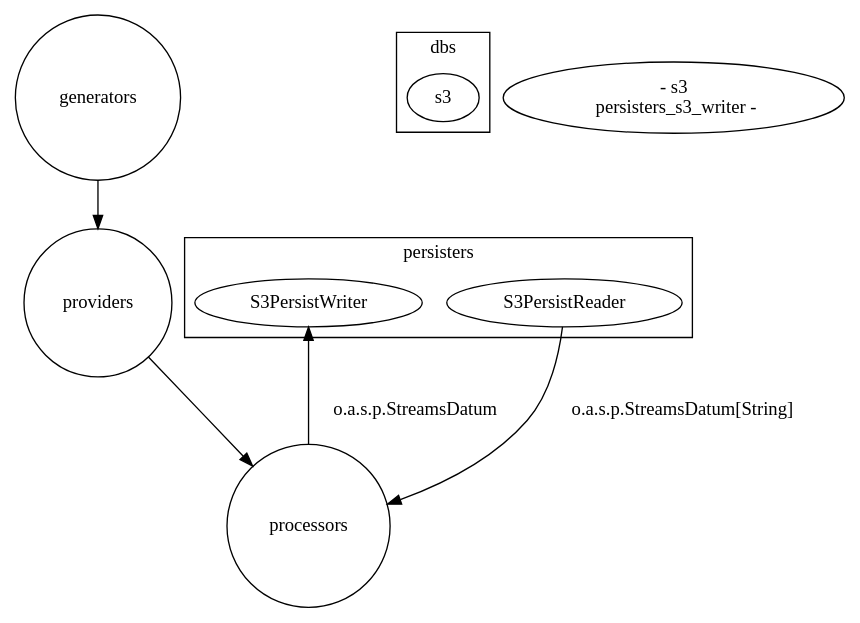
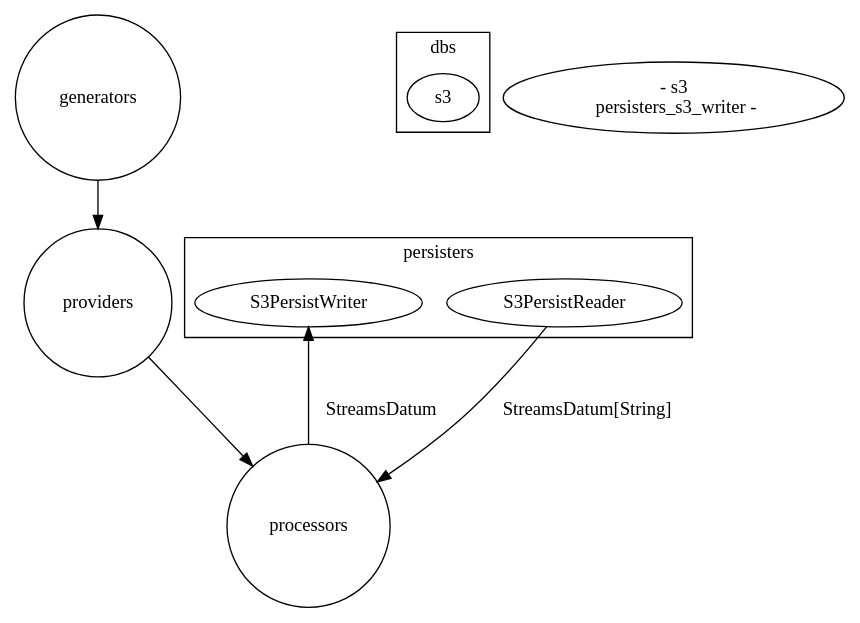
Before and after one commit to apache/streams: the diagram in streams-contrib/streams-amazon-aws/streams-persist-s3/src/main/resources/components.dot, drawn with Graphviz. The commit also changed 16 other files, not shown here.

Commit message:
add diagrams and improve index.html

```diff
--- a/streams-contrib/streams-amazon-aws/streams-persist-s3/src/main/resources/components.dot
+++ b/streams-contrib/streams-amazon-aws/streams-persist-s3/src/main/resources/components.dot
@@ -1,32 +1,32 @@
 digraph g {
 
   graph [compound = true];
 
   //presentation
   splines = true;
   overlap = false;
   rankdir = TB;
 
   generators [label="generators", shape="circle"];
   providers [label="providers", shape="circle"];
   processors [label="processors", shape="circle"];
 
   subgraph cluster_persisters {
     label="persisters";
     persisters_s3_reader [label="S3PersistReader"]
     persisters_s3_writer [label="S3PersistWriter"]
   }
 
   subgraph cluster_dbs {
     label="dbs";
     s3 [label="s3"]
   }
 
   generators -> providers
   providers -> processors
-  processors -> persisters_s3_writer [label="o.a.s.p.StreamsDatum"]
-  persisters_s3_reader -> processors [label="o.a.s.p.StreamsDatum[String]"]
+  processors -> persisters_s3_writer [label="StreamsDatum"]
+  persisters_s3_reader -> processors [label="StreamsDatum[String]"]
   persisters_s3_reader <- s3
   persisters_s3_writer -> s3
 
 }
```
